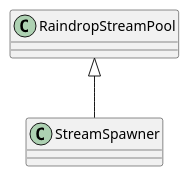
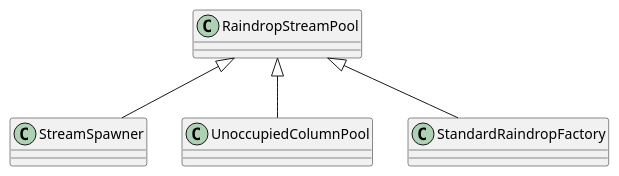
One commit to JamesComo44/DigitalRain changed the diagram in class_diagram.puml. Above: the diagram before and after it, drawn with PlantUML.

```diff
--- a/class_diagram.puml
+++ b/class_diagram.puml
@@ -1,3 +1,5 @@
 @startuml
 RaindropStreamPool <|-- StreamSpawner
+RaindropStreamPool <|-- UnoccupiedColumnPool
+RaindropStreamPool <|-- StandardRaindropFactory
 @enduml
```
